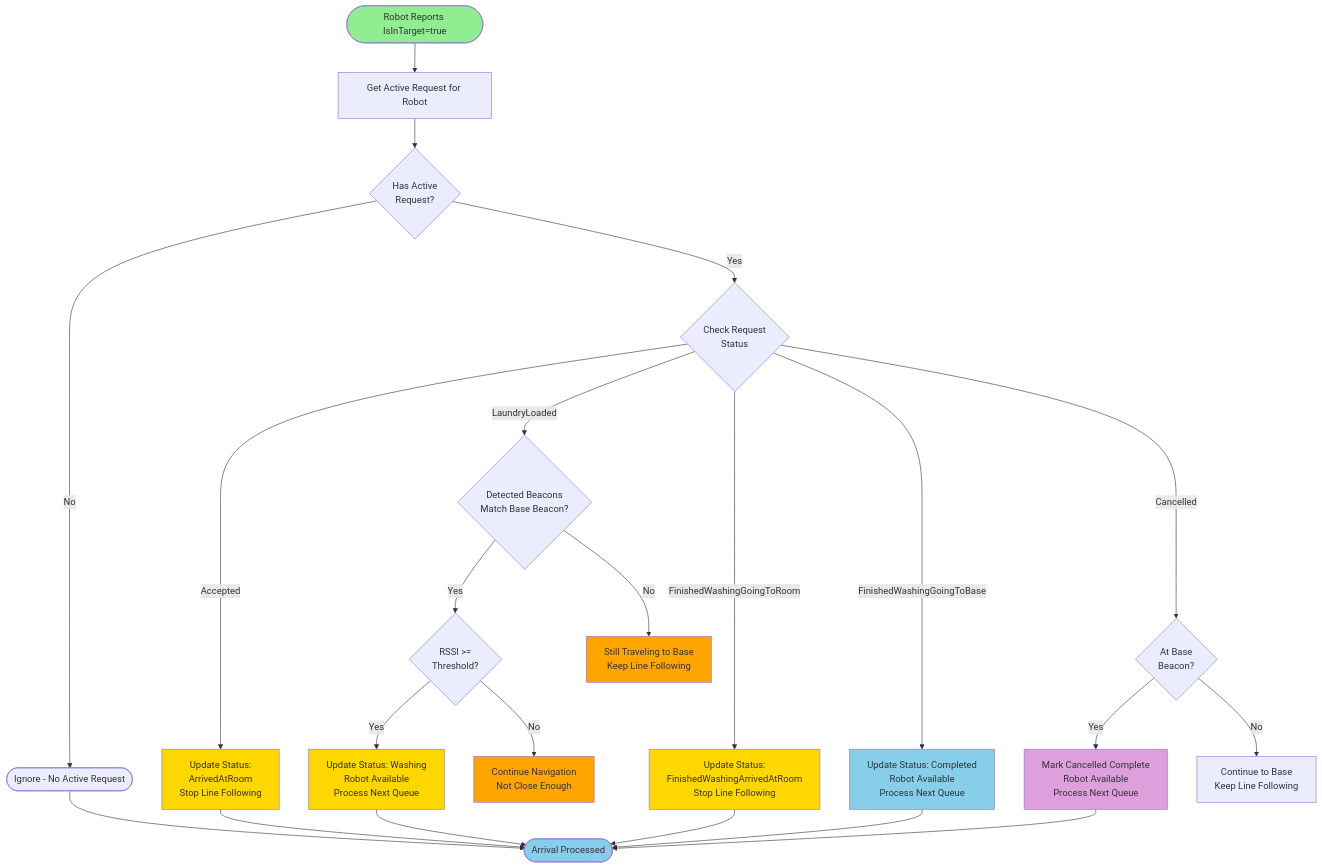
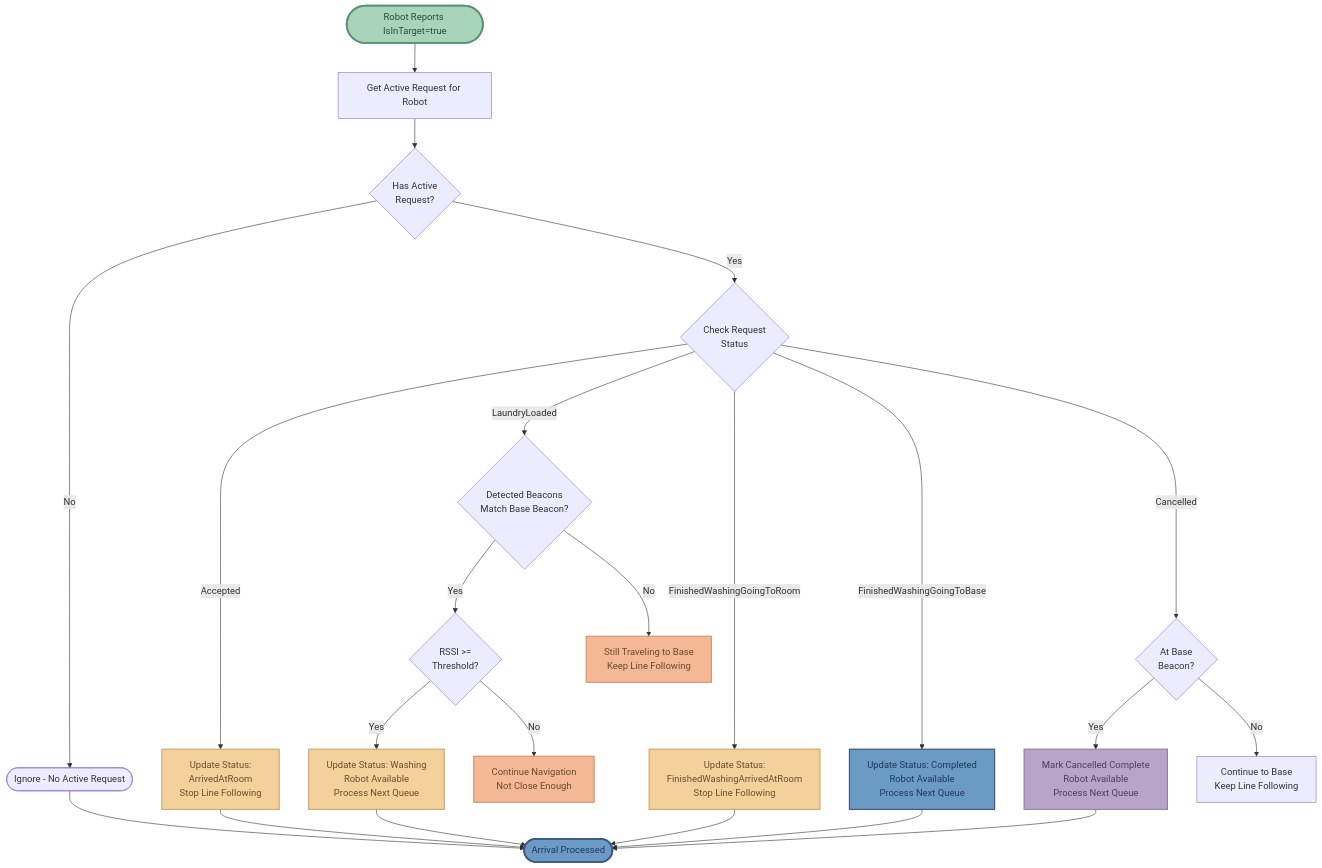
Before and after one commit to lavenderblue2/laundry-robot: the fourth of 5 diagrams in ALGORITHMS.md, drawn with Mermaid. The commit also changed other lines of this file, not shown here.

First line of the commit message:
Update flowchart colors with softer, eye-friendly palette

````diff
--- a/ALGORITHMS.md
+++ b/ALGORITHMS.md
@@ -187,42 +187,42 @@
 ```mermaid
 flowchart TD
     Start([Robot Reports IsInTarget=true]) --> GetRequest[Get Active Request for Robot]
 
     GetRequest --> HasRequest{Has Active<br/>Request?}
     HasRequest -->|No| Ignore([Ignore - No Active Request])
 
     HasRequest -->|Yes| CheckStatus{Check Request<br/>Status}
 
     CheckStatus -->|Accepted| ArrivedUser[Update Status:<br/>ArrivedAtRoom<br/>Stop Line Following]
 
     CheckStatus -->|LaundryLoaded| CheckBaseBeacon{Detected Beacons<br/>Match Base Beacon?}
     CheckBaseBeacon -->|Yes| CheckRSSI{RSSI >=<br/>Threshold?}
     CheckRSSI -->|Yes| AtBase[Update Status: Washing<br/>Robot Available<br/>Process Next Queue]
     CheckRSSI -->|No| NotCloseEnough[Continue Navigation<br/>Not Close Enough]
     CheckBaseBeacon -->|No| StillTraveling[Still Traveling to Base<br/>Keep Line Following]
 
     CheckStatus -->|FinishedWashingGoingToRoom| ArrivedDelivery[Update Status:<br/>FinishedWashingArrivedAtRoom<br/>Stop Line Following]
 
     CheckStatus -->|FinishedWashingGoingToBase| ArrivedAfterDelivery[Update Status: Completed<br/>Robot Available<br/>Process Next Queue]
 
     CheckStatus -->|Cancelled| CheckCancelledBase{At Base<br/>Beacon?}
     CheckCancelledBase -->|Yes| CancelComplete[Mark Cancelled Complete<br/>Robot Available<br/>Process Next Queue]
     CheckCancelledBase -->|No| ReturnToBase[Continue to Base<br/>Keep Line Following]
 
     ArrivedUser --> End([Arrival Processed])
     AtBase --> End
     ArrivedDelivery --> End
     ArrivedAfterDelivery --> End
     CancelComplete --> End
     Ignore --> End
 
-    style Start fill:#90EE90
-    style End fill:#87CEEB
-    style AtBase fill:#FFD700
-    style ArrivedUser fill:#FFD700
-    style ArrivedDelivery fill:#FFD700
-    style ArrivedAfterDelivery fill:#87CEEB
-    style CancelComplete fill:#DDA0DD
-    style StillTraveling fill:#FFA500
-    style NotCloseEnough fill:#FFA500
+    style Start fill:#A8D5BA,stroke:#5A9279,stroke-width:3px,color:#2C4A3A
+    style End fill:#6B9AC4,stroke:#3D5A80,stroke-width:3px,color:#1E3A5F
+    style AtBase fill:#F4D19B,stroke:#D4A574,stroke-width:2px,color:#6B4E2A
+    style ArrivedUser fill:#F4D19B,stroke:#D4A574,stroke-width:2px,color:#6B4E2A
+    style ArrivedDelivery fill:#F4D19B,stroke:#D4A574,stroke-width:2px,color:#6B4E2A
+    style ArrivedAfterDelivery fill:#6B9AC4,stroke:#3D5A80,stroke-width:2px,color:#1E3A5F
+    style CancelComplete fill:#B8A4C9,stroke:#9181A8,stroke-width:2px,color:#4A3E5A
+    style StillTraveling fill:#F5B895,stroke:#D49470,stroke-width:2px,color:#6B4830
+    style NotCloseEnough fill:#F5B895,stroke:#D49470,stroke-width:2px,color:#6B4830
 ```
````
